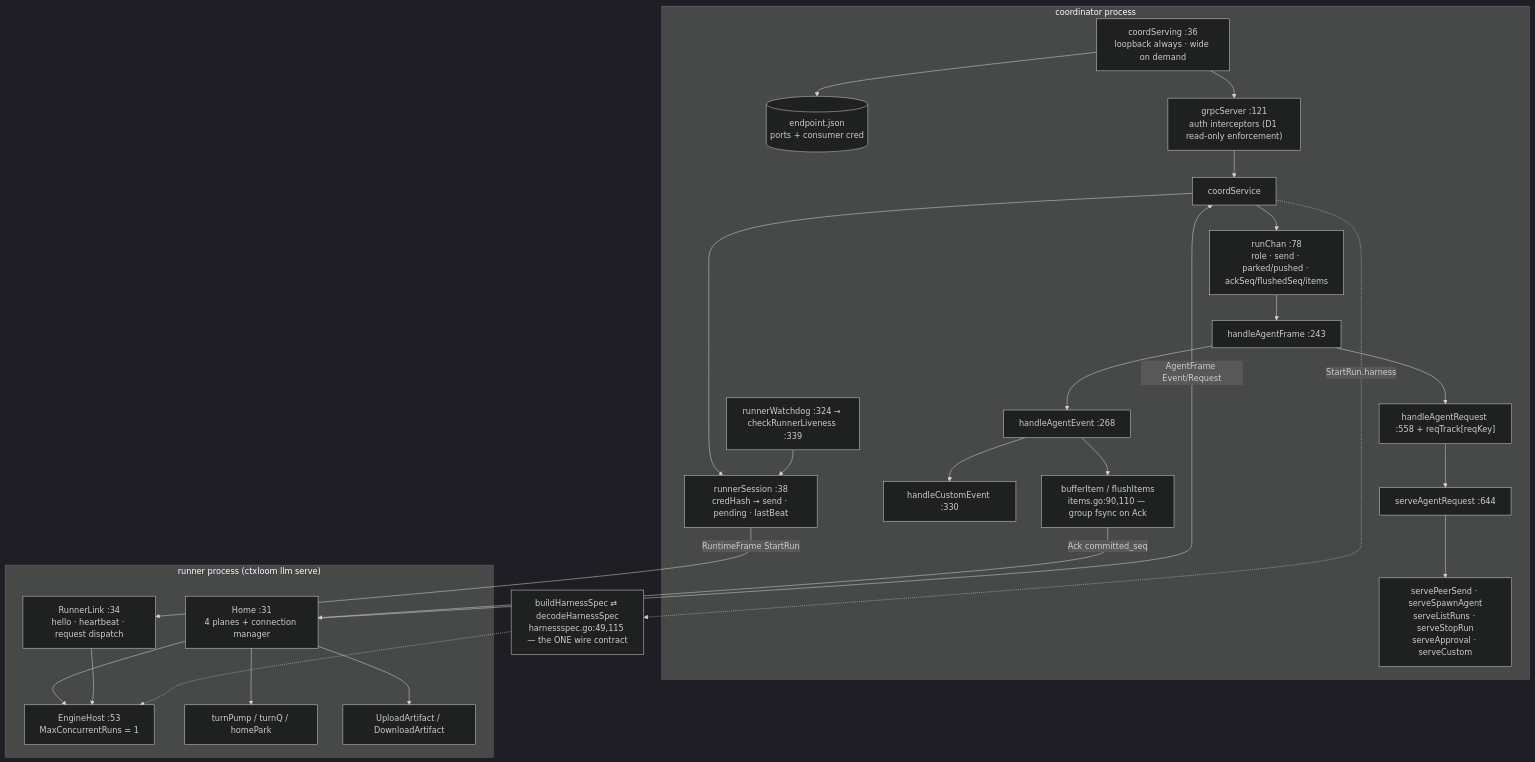
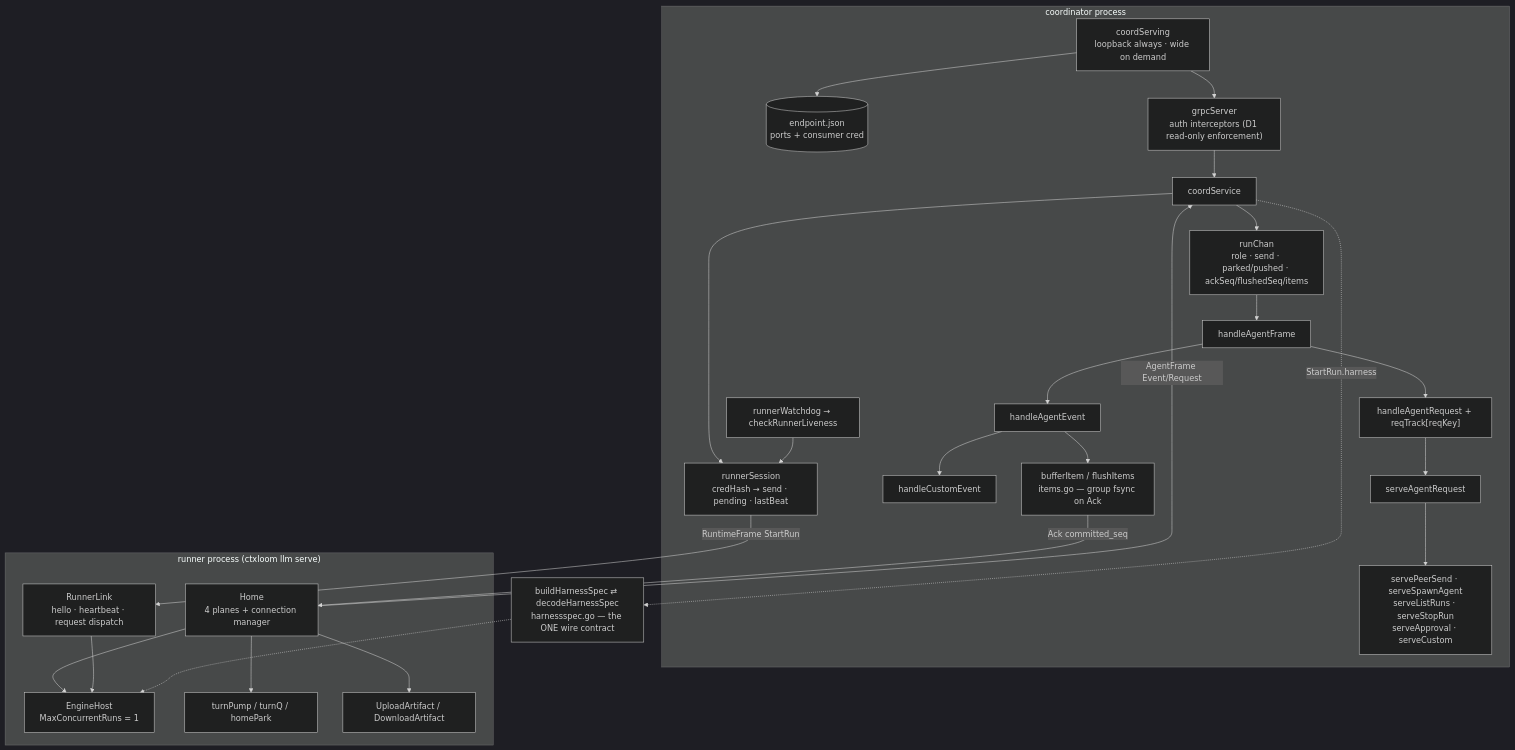
One commit to ctxloom/ctxloom changed the diagram in docs/architecture/agentcoord/transport.md. Above: the diagram before and after it, drawn with Mermaid (dark theme). The commit also changed other lines of this file and 9 other files, not shown here.

First line of the commit message:
docs(agentcoord): cite by symbol, not file:line; bus graph names the runner's turn report

````diff
--- a/docs/architecture/agentcoord/transport.md
+++ b/docs/architecture/agentcoord/transport.md
@@ -12,42 +12,42 @@
 ```mermaid
 flowchart TD
   subgraph coordinator["coordinator process"]
-    SRV["coordServing :36<br/>loopback always · wide on demand"]
+    SRV["coordServing<br/>loopback always · wide on demand"]
     EP[("endpoint.json<br/>ports + consumer cred")]
-    GS["grpcServer :121<br/>auth interceptors (D1 read-only enforcement)"]
+    GS["grpcServer<br/>auth interceptors (D1 read-only enforcement)"]
     CS["coordService"]
-    RSESS["runnerSession :38<br/>credHash → send · pending · lastBeat"]
-    WD["runnerWatchdog :324 → checkRunnerLiveness :339"]
-    CH["runChan :78<br/>role · send · parked/pushed · ackSeq/flushedSeq/items"]
-    HAF["handleAgentFrame :243"]
-    HAE["handleAgentEvent :268"]
-    HCE["handleCustomEvent :330"]
-    HAR["handleAgentRequest :558 + reqTrack[reqKey]"]
-    SAR["serveAgentRequest :644"]
+    RSESS["runnerSession<br/>credHash → send · pending · lastBeat"]
+    WD["runnerWatchdog → checkRunnerLiveness"]
+    CH["runChan<br/>role · send · parked/pushed · ackSeq/flushedSeq/items"]
+    HAF["handleAgentFrame"]
+    HAE["handleAgentEvent"]
+    HCE["handleCustomEvent"]
+    HAR["handleAgentRequest + reqTrack[reqKey]"]
+    SAR["serveAgentRequest"]
     VERBS["servePeerSend · serveSpawnAgent<br/>serveListRuns · serveStopRun<br/>serveApproval · serveCustom"]
-    ITEMS["bufferItem / flushItems<br/>items.go:90,110 — group fsync on Ack"]
+    ITEMS["bufferItem / flushItems<br/>items.go — group fsync on Ack"]
     SRV --> EP
     SRV --> GS --> CS
     CS --> RSESS
     CS --> CH --> HAF --> HAE --> HCE
     HAE --> ITEMS
     HAF --> HAR --> SAR --> VERBS
     WD --> RSESS
   end
   subgraph runner["runner process (ctxloom llm serve)"]
-    HOME["Home :31<br/>4 planes + connection manager"]
-    RL["RunnerLink :34<br/>hello · heartbeat · request dispatch"]
-    EH["EngineHost :53<br/>MaxConcurrentRuns = 1"]
+    HOME["Home<br/>4 planes + connection manager"]
+    RL["RunnerLink<br/>hello · heartbeat · request dispatch"]
+    EH["EngineHost<br/>MaxConcurrentRuns = 1"]
     TP["turnPump / turnQ / homePark"]
     HA["UploadArtifact / DownloadArtifact"]
     HOME --> TP
     HOME --> HA
     HOME --> EH
     RL --> EH
   end
-  HS["buildHarnessSpec ⇄ decodeHarnessSpec<br/>harnessspec.go:49,115 — the ONE wire contract"]
+  HS["buildHarnessSpec ⇄ decodeHarnessSpec<br/>harnessspec.go — the ONE wire contract"]
   RSESS -->|"RuntimeFrame StartRun"| RL
   HOME -->|"AgentFrame Event/Request"| CS
   ITEMS -->|"Ack committed_seq"| HOME
   CS -.->|"StartRun.harness"| HS -.-> EH
 ```
````
